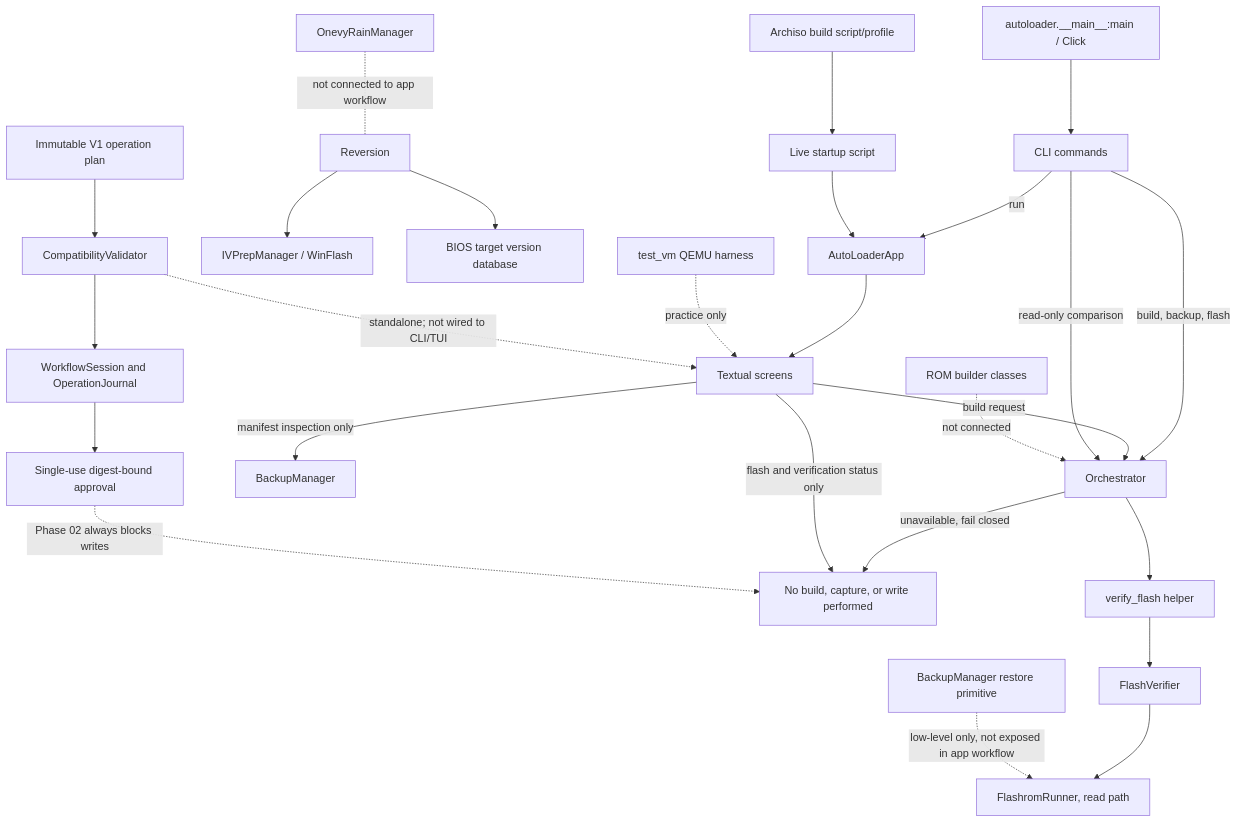
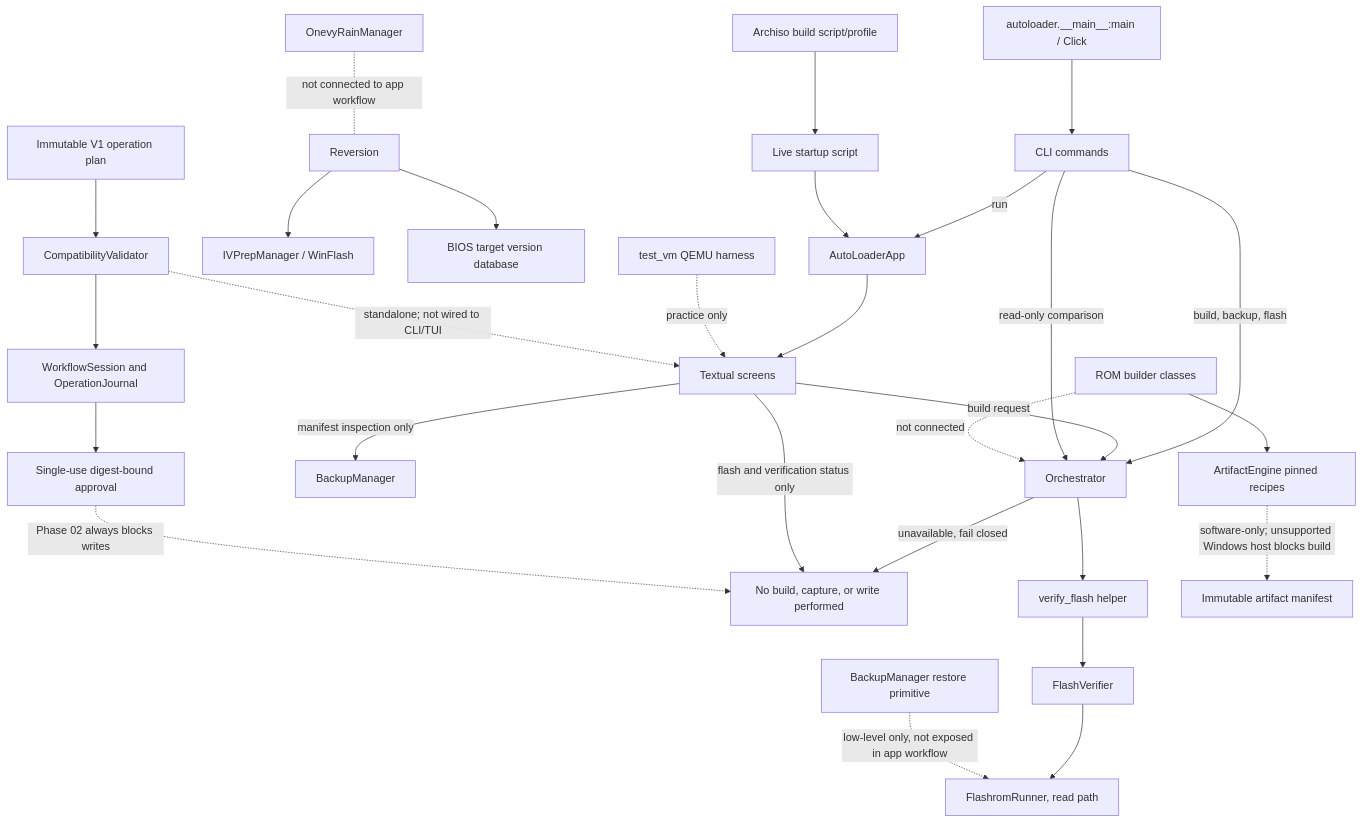
One commit to abharrison1995-droid/Libre_Core-AutoLoader changed the diagram in docs/v1/ARCHITECTURE.md. Above: the diagram before and after it, drawn with Mermaid. The commit also changed other lines of this file and 14 other files, not shown here.

Commit message:
Implement pinned firmware artifact engine

````diff
--- a/docs/v1/ARCHITECTURE.md
+++ b/docs/v1/ARCHITECTURE.md
@@ -5,28 +5,30 @@
 ```mermaid
 flowchart TD
   Entry[autoloader.__main__:main / Click] --> CLI[CLI commands]
   CLI -->|run| App[AutoLoaderApp]
   App --> Screens[Textual screens]
   CLI -->|build, backup, flash| Orch[Orchestrator]
   Screens -->|build request| Orch
   Orch -->|unavailable, fail closed| Result[No build, capture, or write performed]
   CLI -->|read-only comparison| Orch
   Orch --> Verify[verify_flash helper]
   Verify --> FlashVerifier[FlashVerifier]
   FlashVerifier --> Runner[FlashromRunner, read path]
   Screens -->|manifest inspection only| Backup[BackupManager]
   Screens -->|flash and verification status only| Result
   Builder[ROM builder classes] -. not connected .-> Orch
+  Builder --> ArtifactEngine[ArtifactEngine pinned recipes]
+  ArtifactEngine -. software-only; unsupported Windows host blocks build .-> ArtifactManifest[Immutable artifact manifest]
   Restore[BackupManager restore primitive] -. low-level only, not exposed in app workflow .-> Runner
   Reversion --> IVprep[IVPrepManager / WinFlash]
   Reversion --> BIOSDB[BIOS target version database]
   Onevy[OnevyRainManager] -. not connected to app workflow .- Reversion
   USB[Archiso build script/profile] --> Start[Live startup script]
   Start --> App
   VM[test_vm QEMU harness] -. practice only .-> Screens
   Plan[Immutable V1 operation plan] --> Policy[CompatibilityValidator]
   Policy --> Journal[WorkflowSession and OperationJournal]
   Journal --> Approval[Single-use digest-bound approval]
   Approval -. Phase 02 always blocks writes .-> Result
   Policy -. standalone; not wired to CLI/TUI .-> Screens
 ```
````
